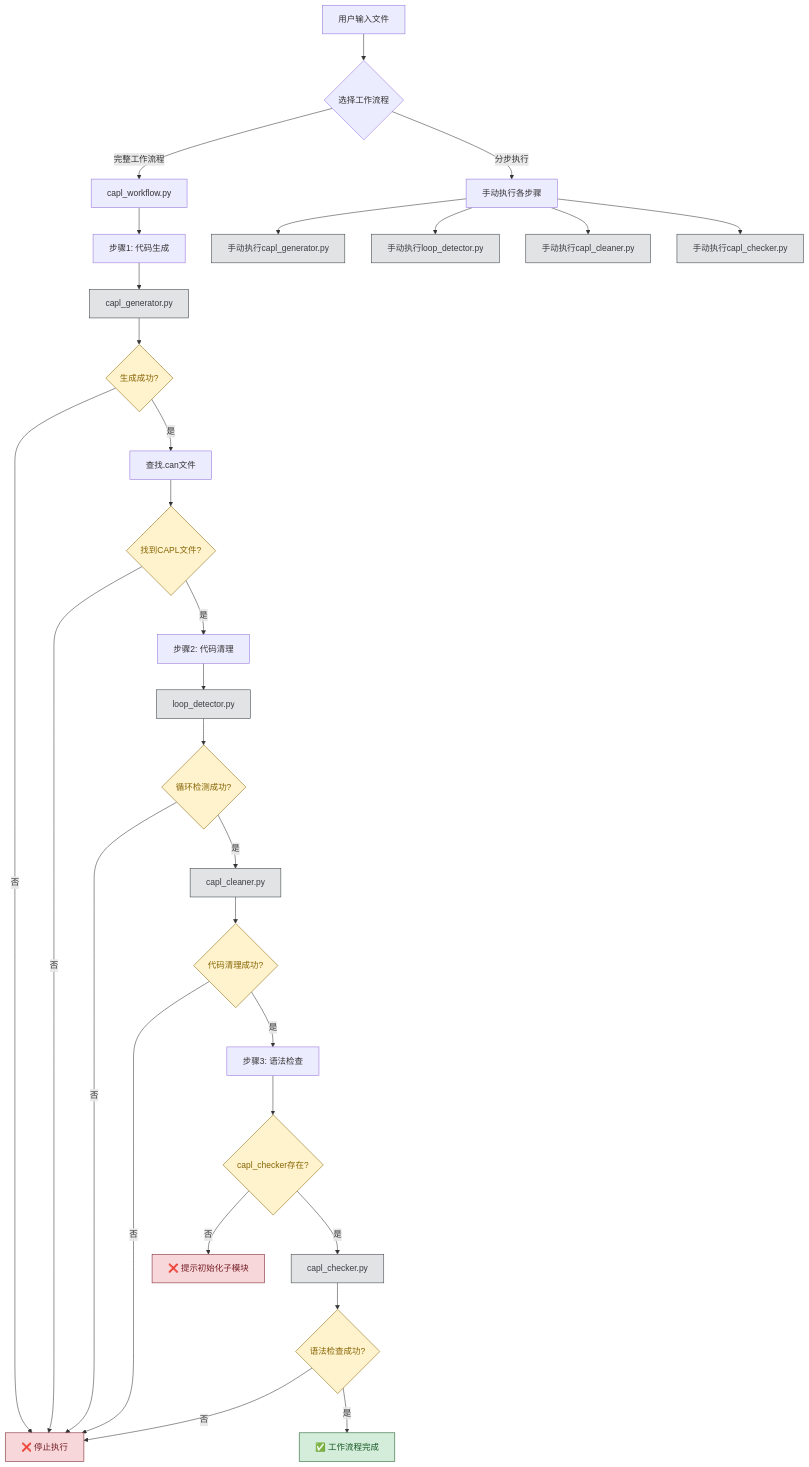
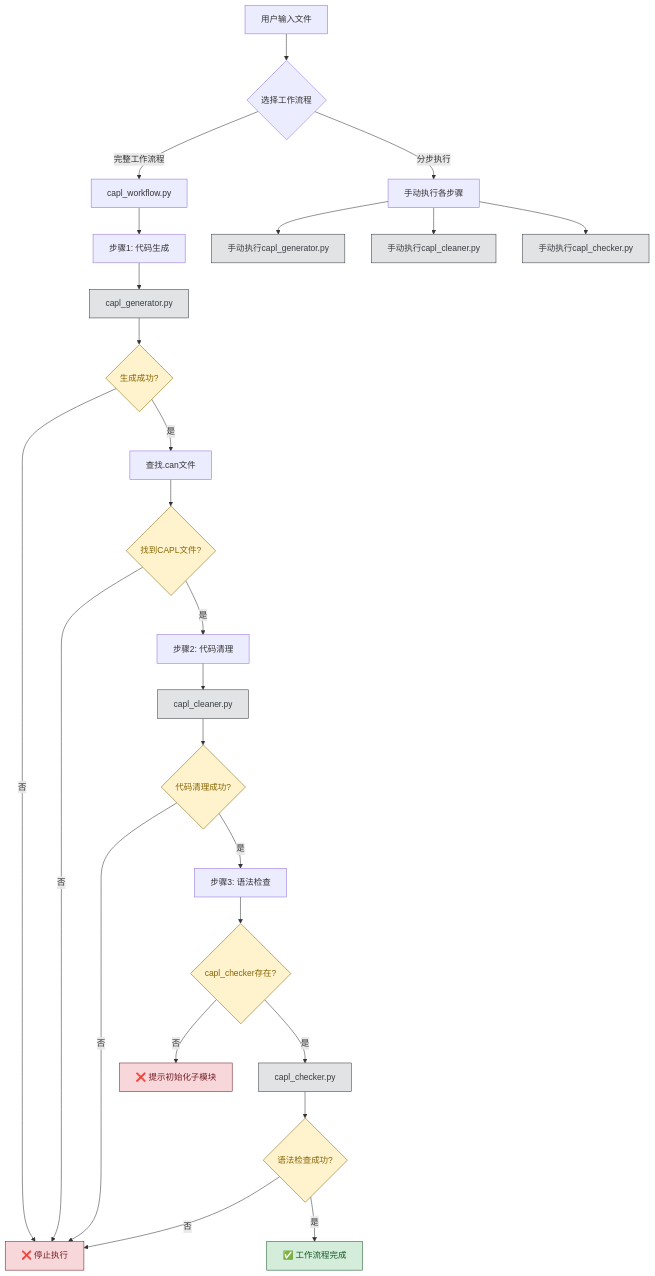
One commit to robertsong2000/testcase_AI_generator changed the first of 5 diagrams in docs/capl_workflow_diagram.md. Above: the diagram before and after it, drawn with Mermaid. The commit also changed other lines of this file and 1 other file, not shown here.

First line of the commit message:
docs: 移除loop_detector.py相关文档和流程

````diff
--- a/docs/capl_workflow_diagram.md
+++ b/docs/capl_workflow_diagram.md
@@ -5,49 +5,45 @@
 ```mermaid
 graph TD
     A[用户输入文件] --> B{选择工作流程}
     
     B -->|完整工作流程| C[capl_workflow.py]
     B -->|分步执行| D[手动执行各步骤]
     
     C --> E[步骤1: 代码生成]
     E --> F[capl_generator.py]
     F --> G{生成成功?}
     G -->|否| H[❌ 停止执行]
     G -->|是| I[查找.can文件]
     
     I --> J{找到CAPL文件?}
     J -->|否| H
     J -->|是| K[步骤2: 代码清理]
     
-    K --> L[loop_detector.py]
-    L --> M{循环检测成功?}
-    M -->|否| H
-    M -->|是| N[capl_cleaner.py]
+    K --> N[capl_cleaner.py]
     N --> O{代码清理成功?}
     O -->|否| H
     O -->|是| P[步骤3: 语法检查]
     
     P --> Q{capl_checker存在?}
     Q -->|否| R[❌ 提示初始化子模块]
     Q -->|是| S[capl_checker.py]
     S --> T{语法检查成功?}
     T -->|否| H
     T -->|是| U[✅ 工作流程完成]
     
     %% 分步执行路径
     D --> V[手动执行capl_generator.py]
-    D --> W[手动执行loop_detector.py]
     D --> X[手动执行capl_cleaner.py]
     D --> Y[手动执行capl_checker.py]
     
     %% 样式定义
     classDef success fill:#d4edda,stroke:#155724,color:#155724
     classDef error fill:#f8d7da,stroke:#721c24,color:#721c24
     classDef process fill:#e2e3e5,stroke:#383d41,color:#383d41
     classDef decision fill:#fff3cd,stroke:#856404,color:#856404
     
     class U success
     class H,R error
-    class F,L,N,S,V,W,X,Y process
-    class G,J,M,O,Q,T decision
+    class F,N,S,V,X,Y process
+    class G,J,O,Q,T decision
 ```
````
